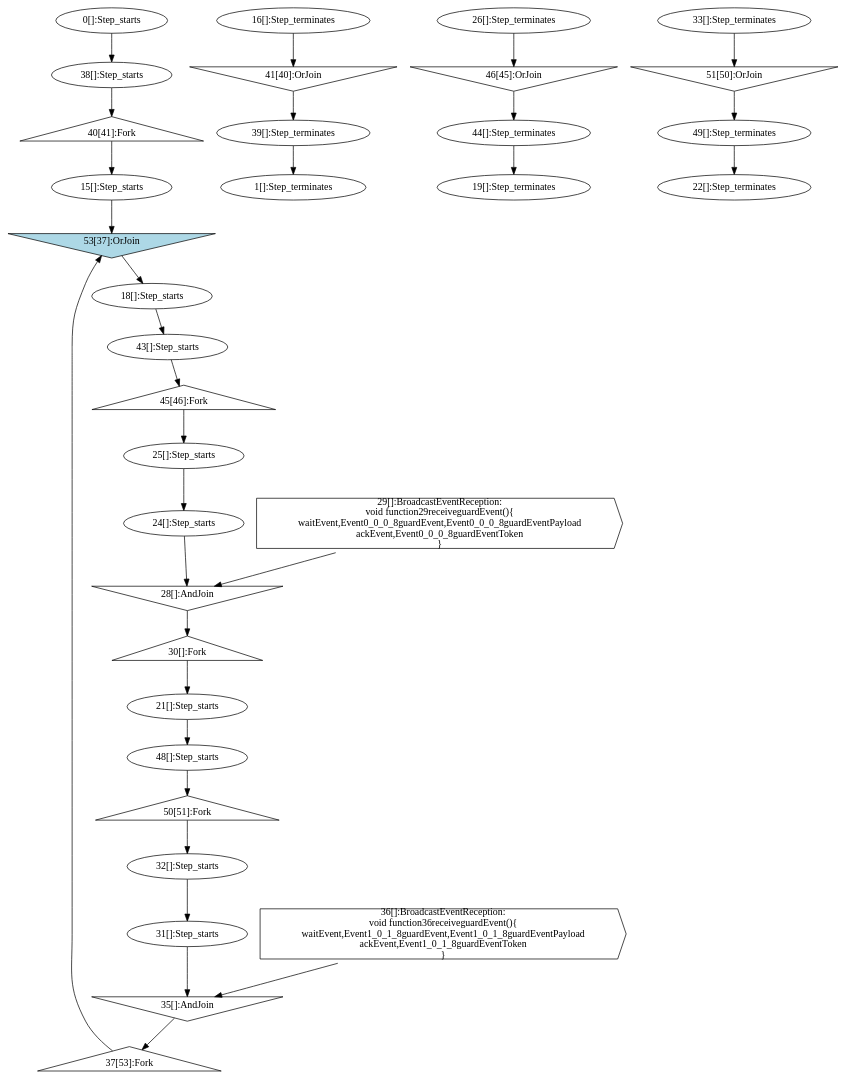
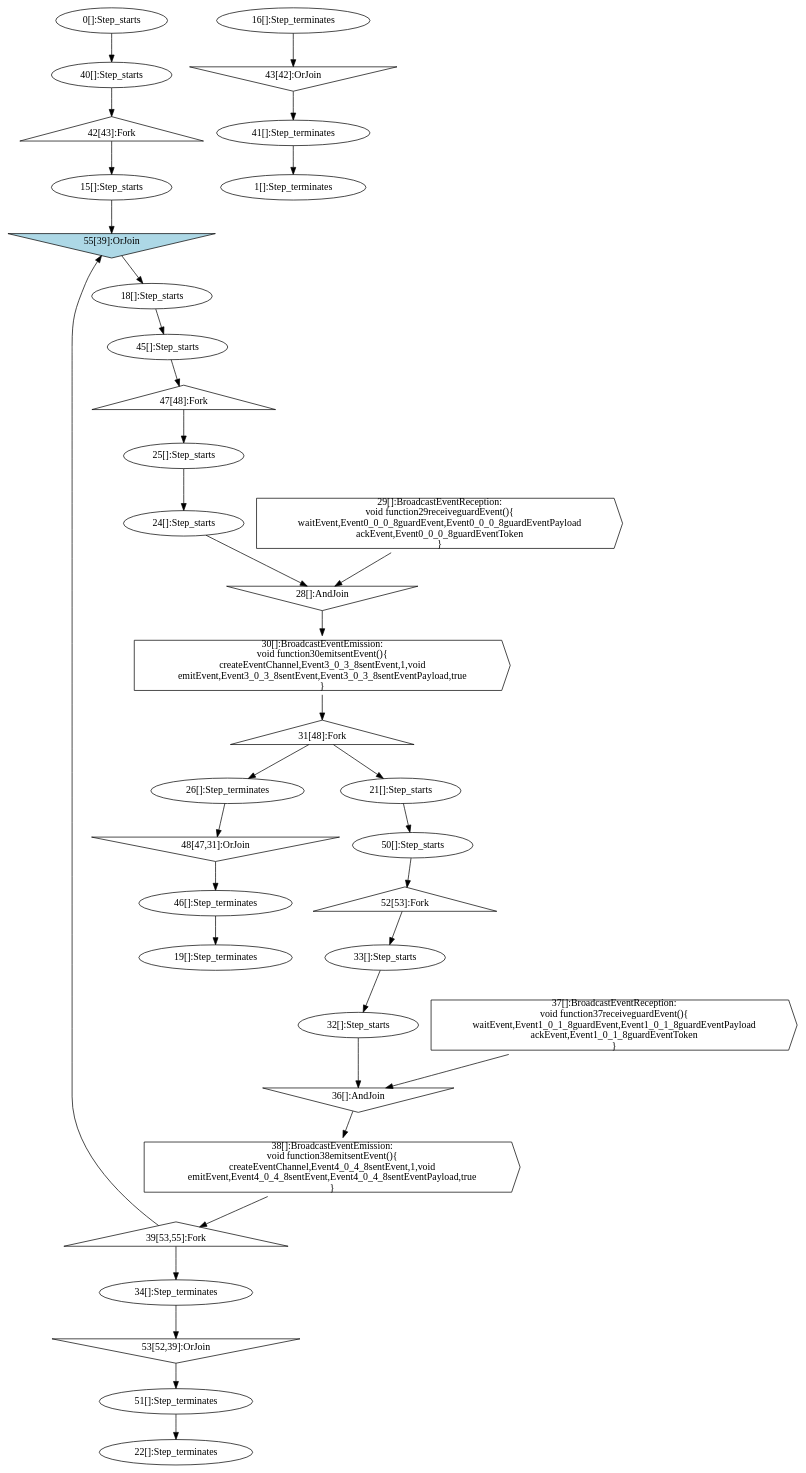
Before and after one commit to jdeantoni/TCOS.lang: the diagram in examples/programs/generated/testFSM.dot, drawn with Graphviz. The commit also changed 22 other files, not shown here.

Commit message:
add composite pattern for eventEmission in conclusion. Not tested on other language but FSM for now

```diff
--- a/examples/programs/generated/testFSM.dot
+++ b/examples/programs/generated/testFSM.dot
@@ -1,73 +1,87 @@
 digraph G {
   "0" [label="0[]:Step_starts" shape="ellipse" ];
   "1" [label="1[]:Step_terminates" shape="ellipse" ];
-  "38" [label="38[]:Step_starts" shape="ellipse" ];
-  "39" [label="39[]:Step_terminates" shape="ellipse" ];
-  "40" [label="40[41]:Fork" shape="triangle" ];
-  "41" [label="41[40]:OrJoin" shape="invtriangle" ];
+  "40" [label="40[]:Step_starts" shape="ellipse" ];
+  "41" [label="41[]:Step_terminates" shape="ellipse" ];
+  "42" [label="42[43]:Fork" shape="triangle" ];
+  "43" [label="43[42]:OrJoin" shape="invtriangle" ];
   "15" [label="15[]:Step_starts" shape="ellipse" ];
   "16" [label="16[]:Step_terminates" shape="ellipse" ];
   "18" [label="18[]:Step_starts" shape="ellipse" ];
   "19" [label="19[]:Step_terminates" shape="ellipse" ];
-  "43" [label="43[]:Step_starts" shape="ellipse" ];
-  "44" [label="44[]:Step_terminates" shape="ellipse" ];
-  "45" [label="45[46]:Fork" shape="triangle" ];
-  "46" [label="46[45]:OrJoin" shape="invtriangle" ];
+  "45" [label="45[]:Step_starts" shape="ellipse" ];
+  "46" [label="46[]:Step_terminates" shape="ellipse" ];
+  "47" [label="47[48]:Fork" shape="triangle" ];
+  "48" [label="48[47,31]:OrJoin" shape="invtriangle" ];
   "24" [label="24[]:Step_starts" shape="ellipse" ];
   "25" [label="25[]:Step_starts" shape="ellipse" ];
   "26" [label="26[]:Step_terminates" shape="ellipse" ];
   "28" [label="28[]:AndJoin" shape="invtriangle" ];
   "29" [label="29[]:BroadcastEventReception:
 void function29receiveguardEvent(){
 waitEvent,Event0_0_0_8guardEvent,Event0_0_0_8guardEventPayload
 ackEvent,Event0_0_0_8guardEventToken
 }" shape="cds" ];
-  "30" [label="30[]:Fork" shape="triangle" ];
+  "30" [label="30[]:BroadcastEventEmission:
+void function30emitsentEvent(){
+createEventChannel,Event3_0_3_8sentEvent,1,void
+emitEvent,Event3_0_3_8sentEvent,Event3_0_3_8sentEventPayload,true
+}" shape="cds" ];
+  "31" [label="31[48]:Fork" shape="triangle" ];
   "21" [label="21[]:Step_starts" shape="ellipse" ];
   "22" [label="22[]:Step_terminates" shape="ellipse" ];
-  "48" [label="48[]:Step_starts" shape="ellipse" ];
-  "49" [label="49[]:Step_terminates" shape="ellipse" ];
-  "50" [label="50[51]:Fork" shape="triangle" ];
-  "51" [label="51[50]:OrJoin" shape="invtriangle" ];
-  "31" [label="31[]:Step_starts" shape="ellipse" ];
+  "50" [label="50[]:Step_starts" shape="ellipse" ];
+  "51" [label="51[]:Step_terminates" shape="ellipse" ];
+  "52" [label="52[53]:Fork" shape="triangle" ];
+  "53" [label="53[52,39]:OrJoin" shape="invtriangle" ];
   "32" [label="32[]:Step_starts" shape="ellipse" ];
-  "33" [label="33[]:Step_terminates" shape="ellipse" ];
-  "35" [label="35[]:AndJoin" shape="invtriangle" ];
-  "36" [label="36[]:BroadcastEventReception:
-void function36receiveguardEvent(){
+  "33" [label="33[]:Step_starts" shape="ellipse" ];
+  "34" [label="34[]:Step_terminates" shape="ellipse" ];
+  "36" [label="36[]:AndJoin" shape="invtriangle" ];
+  "37" [label="37[]:BroadcastEventReception:
+void function37receiveguardEvent(){
 waitEvent,Event1_0_1_8guardEvent,Event1_0_1_8guardEventPayload
 ackEvent,Event1_0_1_8guardEventToken
 }" shape="cds" ];
-  "37" [label="37[53]:Fork" shape="triangle" ];
-  "53" [label="53[37]:OrJoin" shape="invtriangle" style="filled" fillcolor="lightblue"];
-  "0" -> "38" [label=""];
-  "39" -> "1" [label=""];
-  "38" -> "40" [label=""];
-  "41" -> "39" [label=""];
-  "40" -> "15" [label=""];
-  "16" -> "41" [label=""];
-  "15" -> "53" [label=""];
-  "18" -> "43" [label=""];
-  "44" -> "19" [label=""];
-  "43" -> "45" [label=""];
-  "46" -> "44" [label=""];
-  "45" -> "25" [label=""];
-  "26" -> "46" [label=""];
+  "38" [label="38[]:BroadcastEventEmission:
+void function38emitsentEvent(){
+createEventChannel,Event4_0_4_8sentEvent,1,void
+emitEvent,Event4_0_4_8sentEvent,Event4_0_4_8sentEventPayload,true
+}" shape="cds" ];
+  "39" [label="39[53,55]:Fork" shape="triangle" ];
+  "55" [label="55[39]:OrJoin" shape="invtriangle" style="filled" fillcolor="lightblue"];
+  "0" -> "40" [label=""];
+  "41" -> "1" [label=""];
+  "40" -> "42" [label=""];
+  "43" -> "41" [label=""];
+  "42" -> "15" [label=""];
+  "16" -> "43" [label=""];
+  "15" -> "55" [label=""];
+  "18" -> "45" [label=""];
+  "46" -> "19" [label=""];
+  "45" -> "47" [label=""];
+  "48" -> "46" [label=""];
+  "47" -> "25" [label=""];
+  "26" -> "48" [label=""];
   "25" -> "24" [label=""];
   "29" -> "28" [label=""];
   "24" -> "28" [label=""];
   "28" -> "30" [label=""];
-  "30" -> "21" [label=""];
-  "21" -> "48" [label=""];
-  "49" -> "22" [label=""];
-  "48" -> "50" [label=""];
-  "51" -> "49" [label=""];
-  "50" -> "32" [label=""];
-  "33" -> "51" [label=""];
-  "32" -> "31" [label=""];
-  "36" -> "35" [label=""];
-  "31" -> "35" [label=""];
-  "35" -> "37" [label=""];
-  "37" -> "53" [label=""];
-  "53" -> "18" [label=""];
+  "30" -> "31" [label=""];
+  "31" -> "26" [label=""];
+  "31" -> "21" [label=""];
+  "21" -> "50" [label=""];
+  "51" -> "22" [label=""];
+  "50" -> "52" [label=""];
+  "53" -> "51" [label=""];
+  "52" -> "33" [label=""];
+  "34" -> "53" [label=""];
+  "33" -> "32" [label=""];
+  "37" -> "36" [label=""];
+  "32" -> "36" [label=""];
+  "36" -> "38" [label=""];
+  "38" -> "39" [label=""];
+  "39" -> "34" [label=""];
+  "39" -> "55" [label=""];
+  "55" -> "18" [label=""];
 }
```
